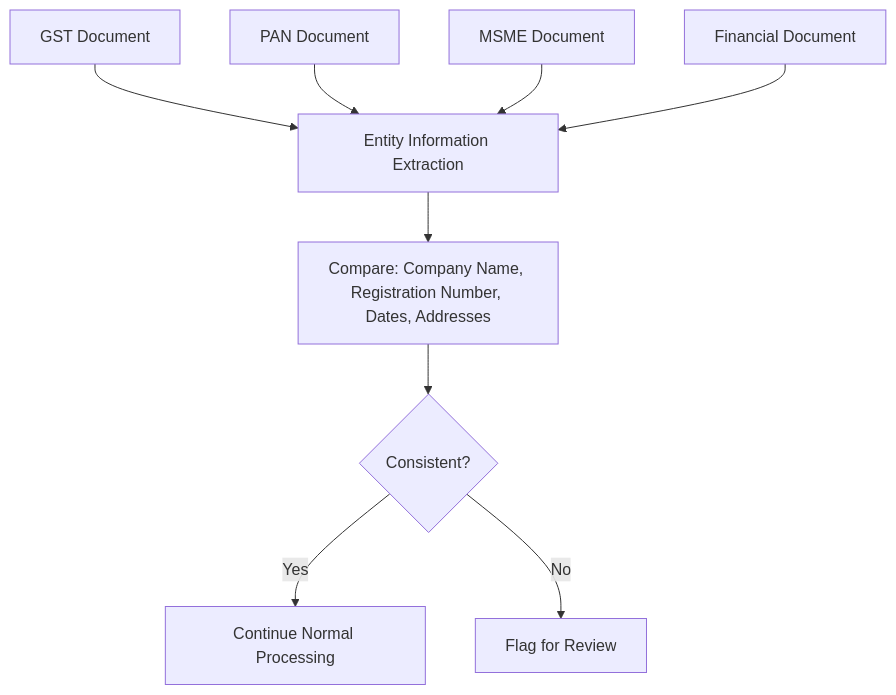
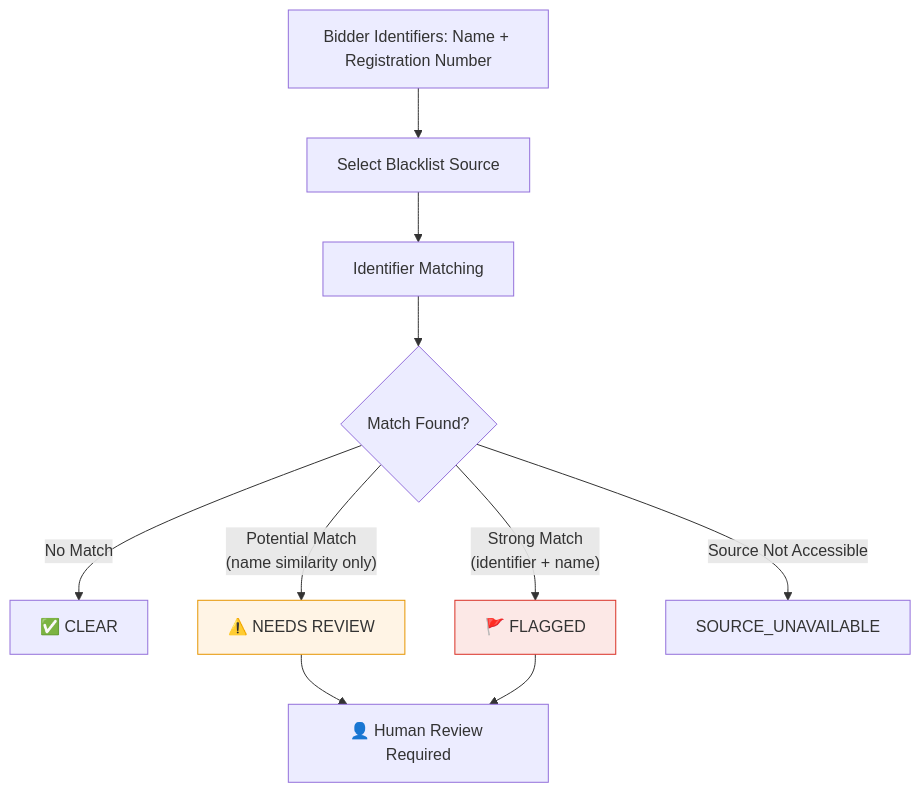
One commit to IshanWankhede/BidVerify-AI changed the seventh of 10 diagrams in Flow-Diagram.md. Above: the diagram before and after it, drawn with Mermaid. The commit also changed other lines of this file and 5 other files, not shown here.

````diff
--- a/Flow-Diagram.md
+++ b/Flow-Diagram.md
@@ -92,11 +168,15 @@
 ```mermaid
 flowchart TD
-    A[GST Document] --> E[Entity Information Extraction]
-    B[PAN Document] --> E
-    C[MSME Document] --> E
-    D[Financial Document] --> E
-    E --> F["Compare: Company Name, Registration Number, Dates, Addresses"]
-    F --> G{Consistent?}
-    G -->|Yes| H[Continue Normal Processing]
-    G -->|No| I[Flag for Review]
+    A[Bidder Identifiers: Name + Registration Number] --> B[Select Blacklist Source]
+    B --> C[Identifier Matching]
+    C --> D{Match Found?}
+    D -->|No Match| E[✅ CLEAR]
+    D -->|"Potential Match<br/>(name similarity only)"| F[⚠️ NEEDS REVIEW]
+    D -->|"Strong Match<br/>(identifier + name)"| G[🚩 FLAGGED]
+    D -->|Source Not Accessible| H[SOURCE_UNAVAILABLE]
+    F --> I[👤 Human Review Required]
+    G --> I
+
+    style F fill:#fff4e5,stroke:#e69500
+    style G fill:#fce8e6,stroke:#d93025
 ```
````
